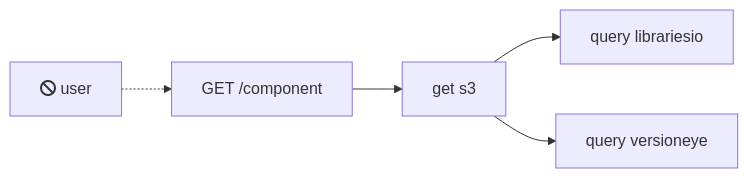
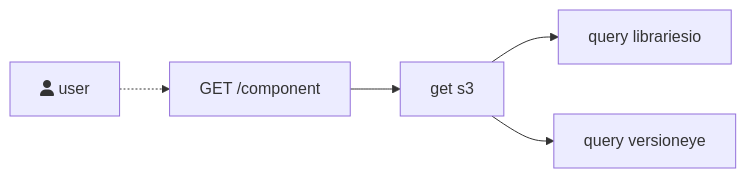
One commit to luebken/stpl-private changed the third of 3 diagrams in readme.md. Above: the diagram before and after it, drawn with Mermaid. The commit also changed other lines of this file, not shown here.

Commit message:
somesequencediagram

````diff
--- a/readme.md
+++ b/readme.md
@@ -29,14 +58,14 @@
 ```mermaid
 %% comment
 graph LR
-  user[fa:fa-ban user]
+  user[fa:fa-user user]
   comp[GET /component]
   qlibio[query librariesio]
   qveye[query versioneye]
   s3[get s3]
 
   user-.->comp
   comp-->s3
   s3-->qlibio
   s3-->qveye
 ```
````
